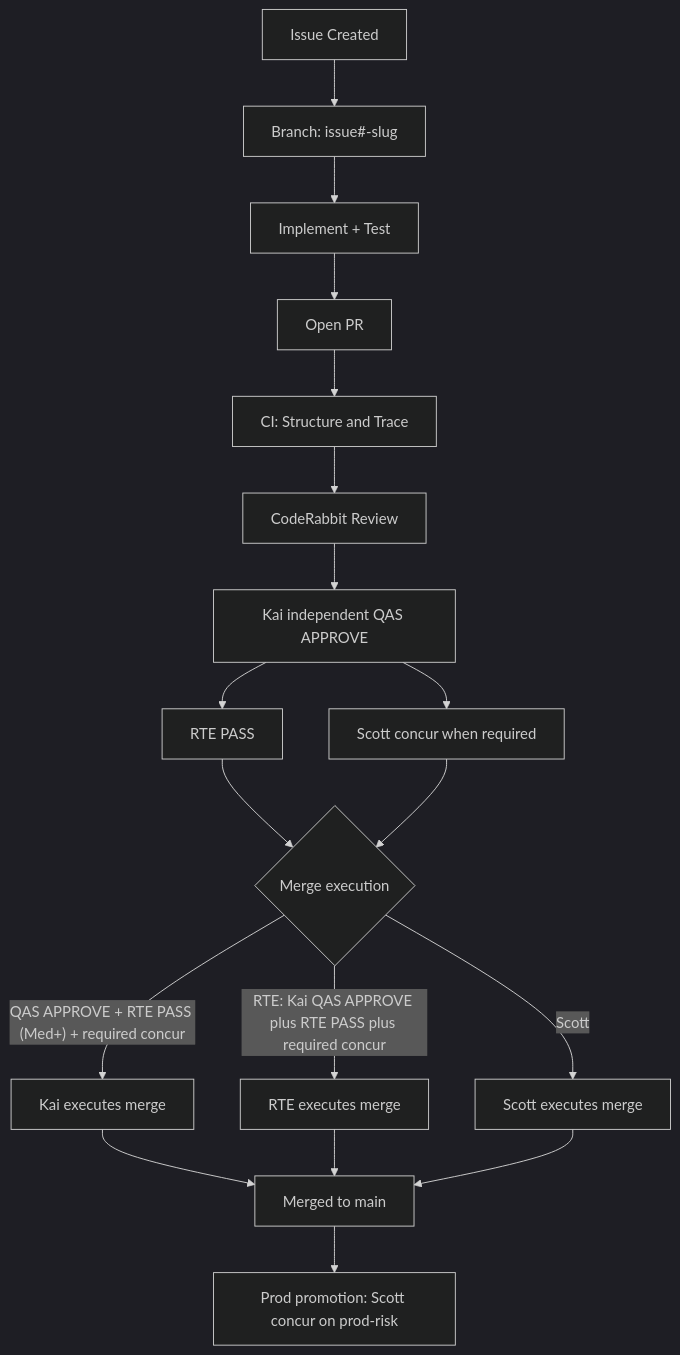
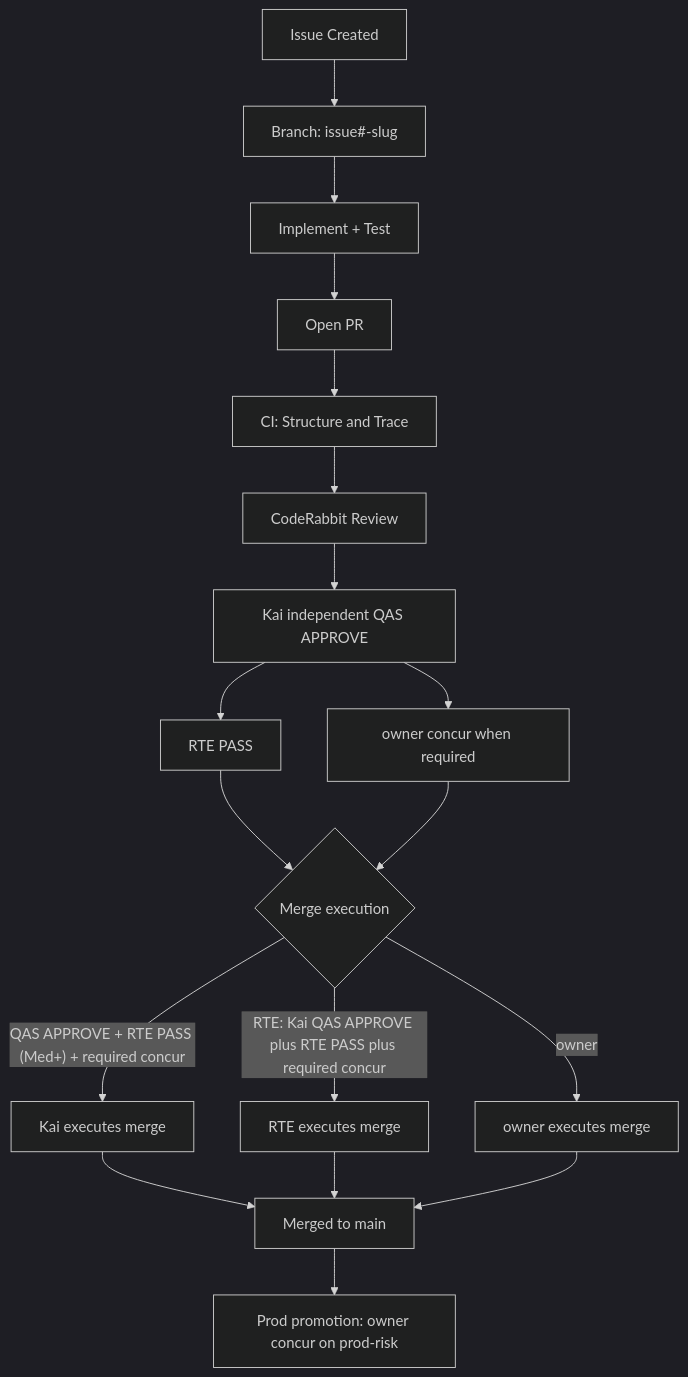
Before and after one commit to bybren-llc/safe-harness: the diagram in README.md, drawn with Mermaid (dark theme). The commit also changed other lines of this file and 10 other files, not shown here.

````diff
--- a/README.md
+++ b/README.md
@@ -83,20 +83,20 @@
 ```mermaid
 graph TD
     A[Issue Created] --> B[Branch: issue#-slug]
     B --> C[Implement + Test]
     C --> D[Open PR]
     D --> E[CI: Structure and Trace]
     E --> F[CodeRabbit Review]
     F --> G[Kai independent QAS APPROVE]
     G --> H[RTE PASS]
-    G --> I[Scott concur when required]
+    G --> I[owner concur when required]
     H --> J{Merge execution}
     I --> J
     J -->|"QAS APPROVE + RTE PASS (Med+) + required concur"| K[Kai executes merge]
     J -->|RTE: Kai QAS APPROVE plus RTE PASS plus required concur| L[RTE executes merge]
-    J -->|Scott| S[Scott executes merge]
+    J -->|owner| S[owner executes merge]
     K --> M[Merged to main]
     L --> M
     S --> M
-    M --> P[Prod promotion: Scott concur on prod-risk]
+    M --> P[Prod promotion: owner concur on prod-risk]
 ```
````
